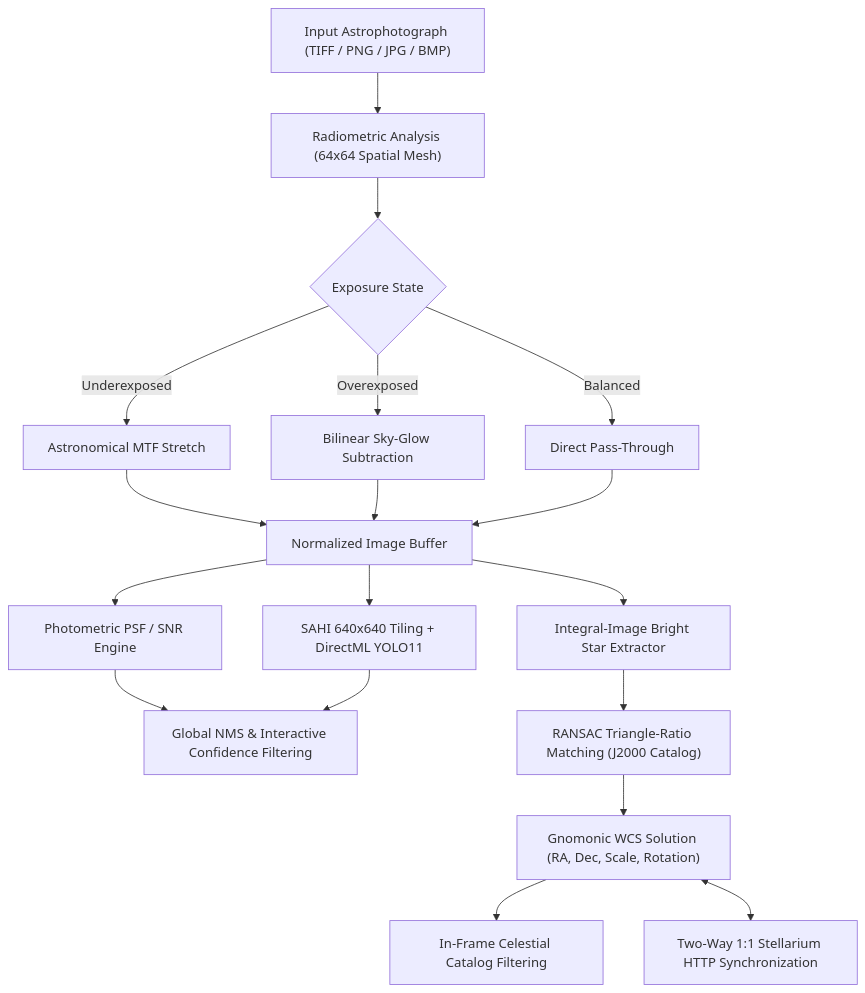
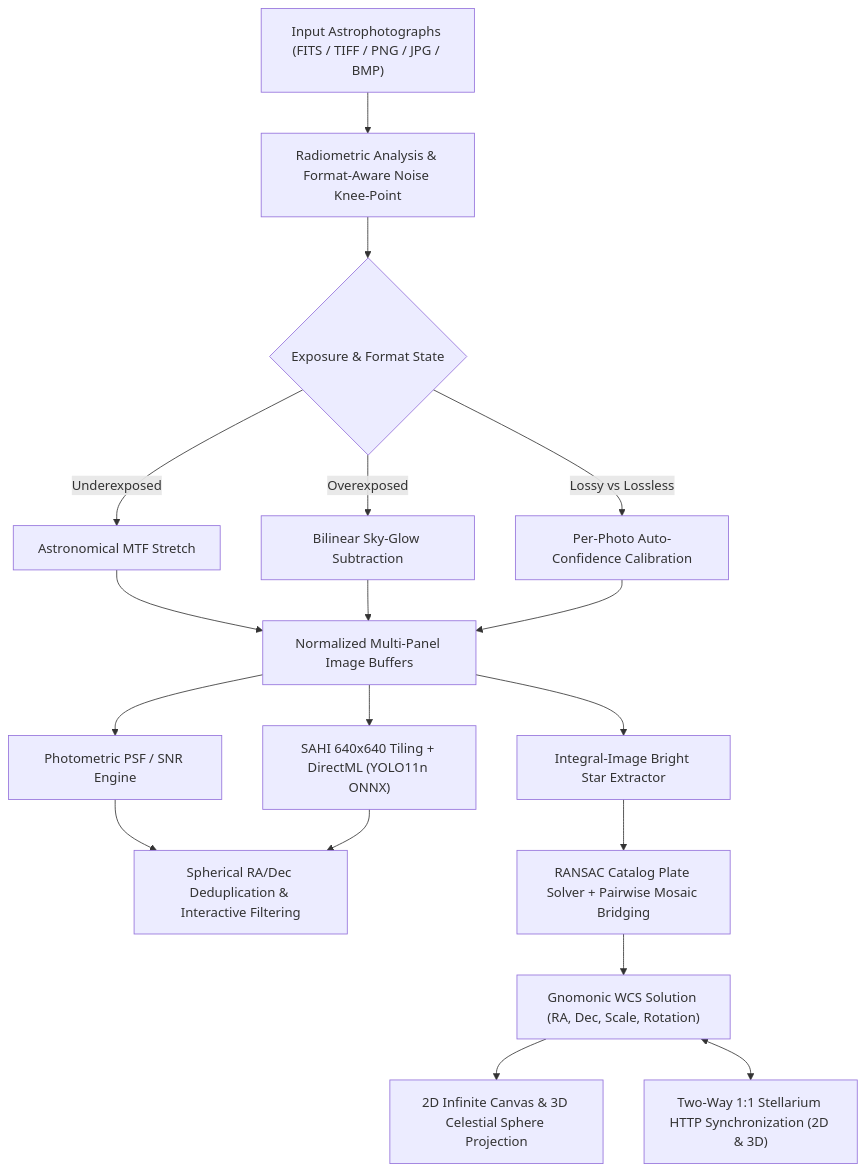
One commit to ghostkronos/AstroCounter changed the diagram in README.md. Above: the diagram before and after it, drawn with Mermaid. The commit also changed other lines of this file and 33 other files, not shown here.

Commit message:
release: AstroCounter v1.3.0 with multi-select, 2D infinite canvas, 2D/3D light sync, help center, and updated docs

````diff
--- a/README.md
+++ b/README.md
@@ -36,20 +37,20 @@
 ```mermaid
 flowchart TD
-    A["Input Astrophotograph (TIFF / PNG / JPG / BMP)"] --> B["Radiometric Analysis (64x64 Spatial Mesh)"]
-    B --> C{"Exposure State"}
+    A["Input Astrophotographs (FITS / TIFF / PNG / JPG / BMP)"] --> B["Radiometric Analysis & Format-Aware Noise Knee-Point"]
+    B --> C{"Exposure & Format State"}
     C -->|Underexposed| D["Astronomical MTF Stretch"]
     C -->|Overexposed| E["Bilinear Sky-Glow Subtraction"]
-    C -->|Balanced| F["Direct Pass-Through"]
-    D --> G["Normalized Image Buffer"]
+    C -->|Lossy vs Lossless| F["Per-Photo Auto-Confidence Calibration"]
+    D --> G["Normalized Multi-Panel Image Buffers"]
     E --> G
     F --> G
     G --> H["Photometric PSF / SNR Engine"]
-    G --> I["SAHI 640x640 Tiling + DirectML YOLO11"]
+    G --> I["SAHI 640x640 Tiling + DirectML (YOLO11n ONNX)"]
     G --> J["Integral-Image Bright Star Extractor"]
-    H --> K["Global NMS & Interactive Confidence Filtering"]
+    H --> K["Spherical RA/Dec Deduplication & Interactive Filtering"]
     I --> K
-    J --> L["RANSAC Triangle-Ratio Matching (J2000 Catalog)"]
+    J --> L["RANSAC Catalog Plate Solver + Pairwise Mosaic Bridging"]
     L --> M["Gnomonic WCS Solution (RA, Dec, Scale, Rotation)"]
-    M --> N["In-Frame Celestial Catalog Filtering"]
-    M <--> O["Two-Way 1:1 Stellarium HTTP Synchronization"]
+    M --> N["2D Infinite Canvas & 3D Celestial Sphere Projection"]
+    M <--> O["Two-Way 1:1 Stellarium HTTP Synchronization (2D & 3D)"]
 ```
````
